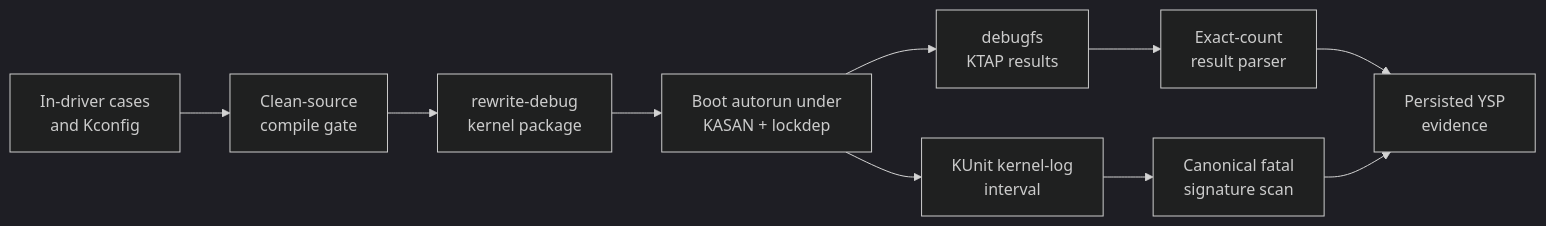
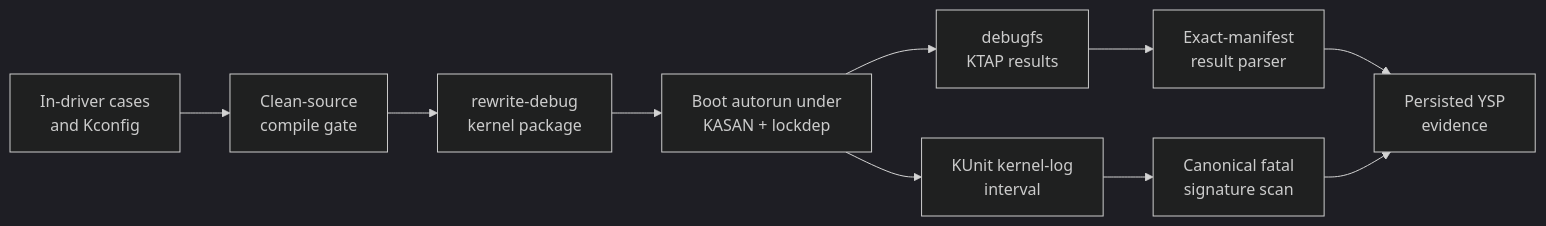
One commit to yisding/rock-5b-ysp changed the diagram in kernel-drivers/docs/rewrite-kunit.md. Above: the diagram before and after it, drawn with Mermaid (dark theme). The commit also changed other lines of this file and 13 other files, not shown here.

````diff
--- a/kernel-drivers/docs/rewrite-kunit.md
+++ b/kernel-drivers/docs/rewrite-kunit.md
@@ -12,12 +14,12 @@
 ```mermaid
 flowchart LR
   source["In-driver cases<br/>and Kconfig"] --> compile["Clean-source<br/>compile gate"]
   compile --> package["rewrite-debug<br/>kernel package"]
   package --> boot["Boot autorun under<br/>KASAN + lockdep"]
   boot --> ktap["debugfs<br/>KTAP results"]
   boot --> log["KUnit kernel-log<br/>interval"]
-  ktap --> result_gate["Exact-count<br/>result parser"]
+  ktap --> result_gate["Exact-manifest<br/>result parser"]
   log --> log_gate["Canonical fatal<br/>signature scan"]
   result_gate --> evidence["Persisted YSP<br/>evidence"]
   log_gate --> evidence
 ```
````
